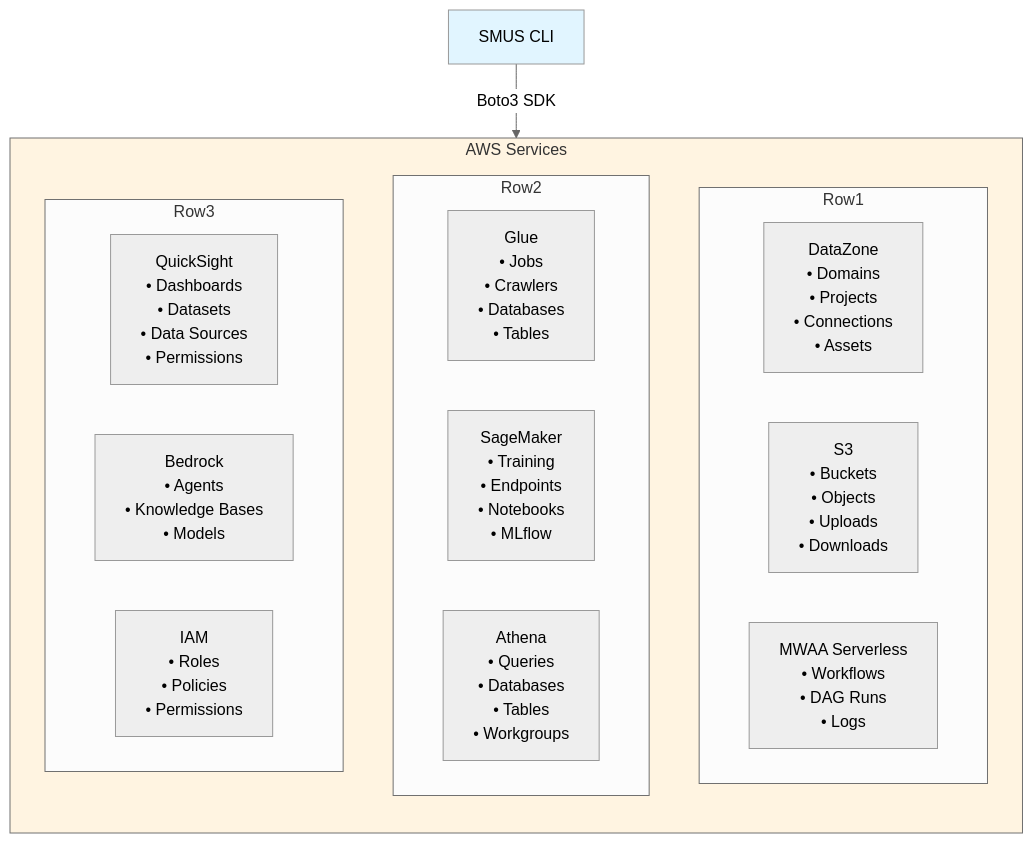
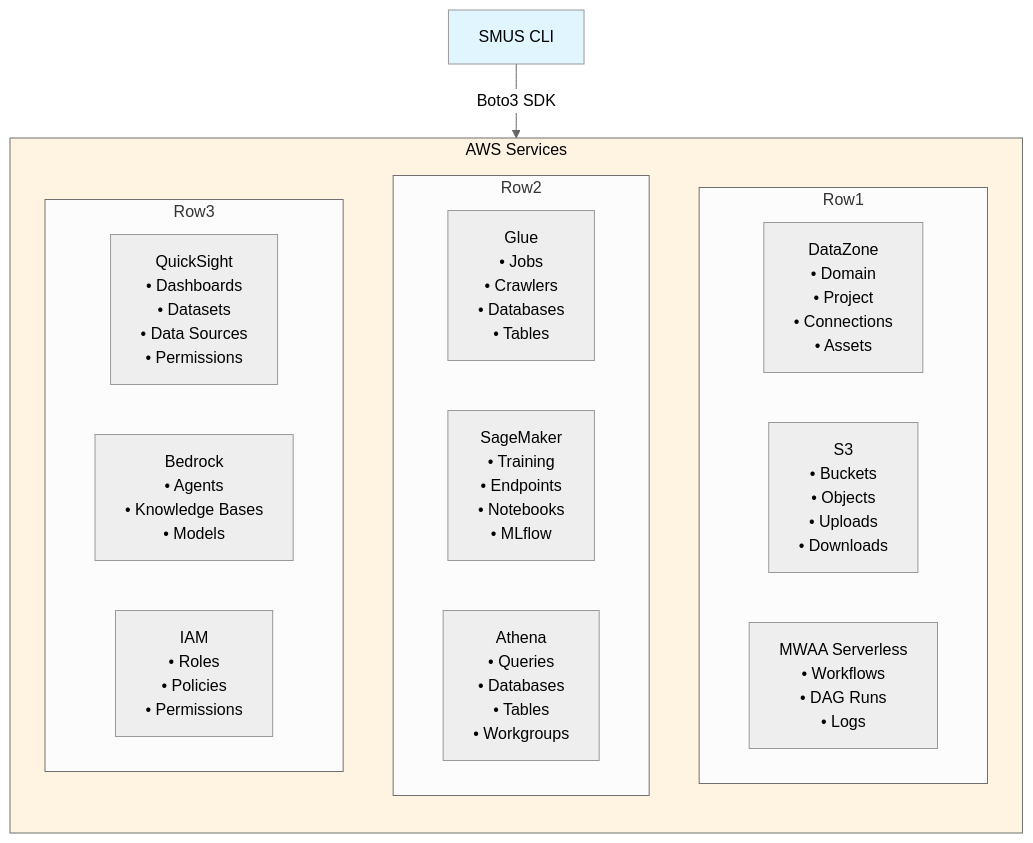
One commit to vasu2856/CICD-for-SageMakerUnifiedStudio-public changed the fourth of 11 diagrams in docs/architecture.md. Above: the diagram before and after it, drawn with Mermaid (neutral theme). The commit also changed other lines of this file and 24 other files, not shown here.

````diff
--- a/docs/architecture.md
+++ b/docs/architecture.md
@@ -642,29 +654,29 @@
 ```mermaid
 graph TB
     CLI[SMUS CLI] -->|Boto3 SDK| Services
     
     subgraph Services[AWS Services]
         direction TB
         
         subgraph Row1
-            DataZone[DataZone<br/>• Domains<br/>• Projects<br/>• Connections<br/>• Assets]
+            DataZone[DataZone<br/>• Domain<br/>• Project<br/>• Connections<br/>• Assets]
             S3[S3<br/>• Buckets<br/>• Objects<br/>• Uploads<br/>• Downloads]
             MWAA[MWAA Serverless<br/>• Workflows<br/>• DAG Runs<br/>• Logs]
         end
         
         subgraph Row2
             Glue[Glue<br/>• Jobs<br/>• Crawlers<br/>• Databases<br/>• Tables]
             SageMaker[SageMaker<br/>• Training<br/>• Endpoints<br/>• Notebooks<br/>• MLflow]
             Athena[Athena<br/>• Queries<br/>• Databases<br/>• Tables<br/>• Workgroups]
         end
         
         subgraph Row3
             QuickSight[QuickSight<br/>• Dashboards<br/>• Datasets<br/>• Data Sources<br/>• Permissions]
             Bedrock[Bedrock<br/>• Agents<br/>• Knowledge Bases<br/>• Models]
             IAM[IAM<br/>• Roles<br/>• Policies<br/>• Permissions]
         end
     end
     
-    style CLI fill:#e1f5ff
-    style Services fill:#fff4e1
+    style CLI fill:#e1f5ff,color:#000,font-weight:normal
+    style Services fill:#fff4e1,color:#000,font-weight:normal
 ```
````
